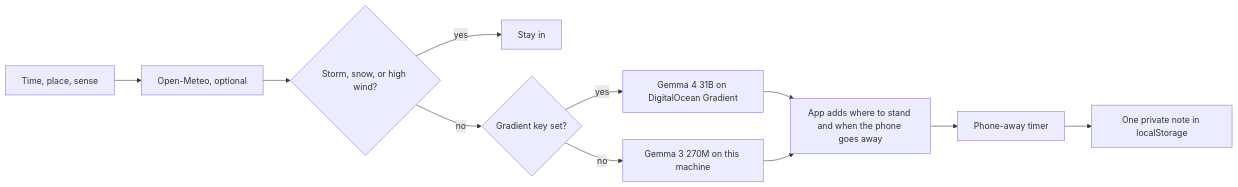
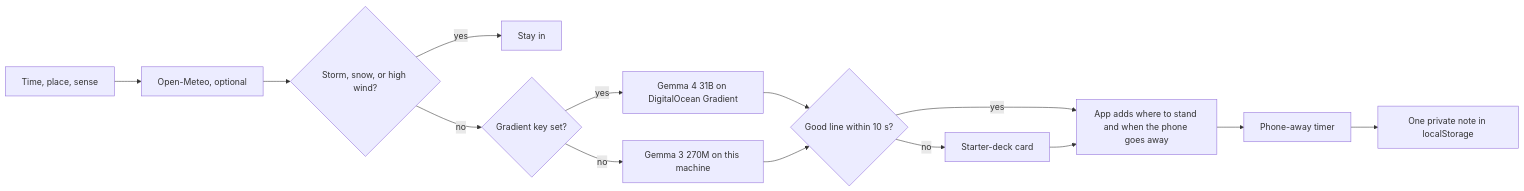
Before and after one commit to surajns0033-collab/pocket-grass: the diagram in README.md, drawn with Mermaid. The commit also changed other lines of this file and 1 other file, not shown here.

Commit message:
README and submission: live URL, starter-deck fallback, current config

````diff
--- a/README.md
+++ b/README.md
@@ -37,13 +40,16 @@
 ```mermaid
 flowchart LR
   A[Time, place, sense] --> B[Open-Meteo, optional]
   B --> C{Storm, snow, or high wind?}
   C -->|yes| D[Stay in]
   C -->|no| E{Gradient key set?}
   E -->|yes| F[Gemma 4 31B on DigitalOcean Gradient]
   E -->|no| G[Gemma 3 270M on this machine]
-  F --> H[App adds where to stand and when the phone goes away]
-  G --> H
+  F --> K{Good line within 10 s?}
+  G --> K
+  K -->|yes| H[App adds where to stand and when the phone goes away]
+  K -->|no| L[Starter-deck card]
+  L --> H
   H --> I[Phone-away timer]
   I --> J[One private note in localStorage]
 ```
````
